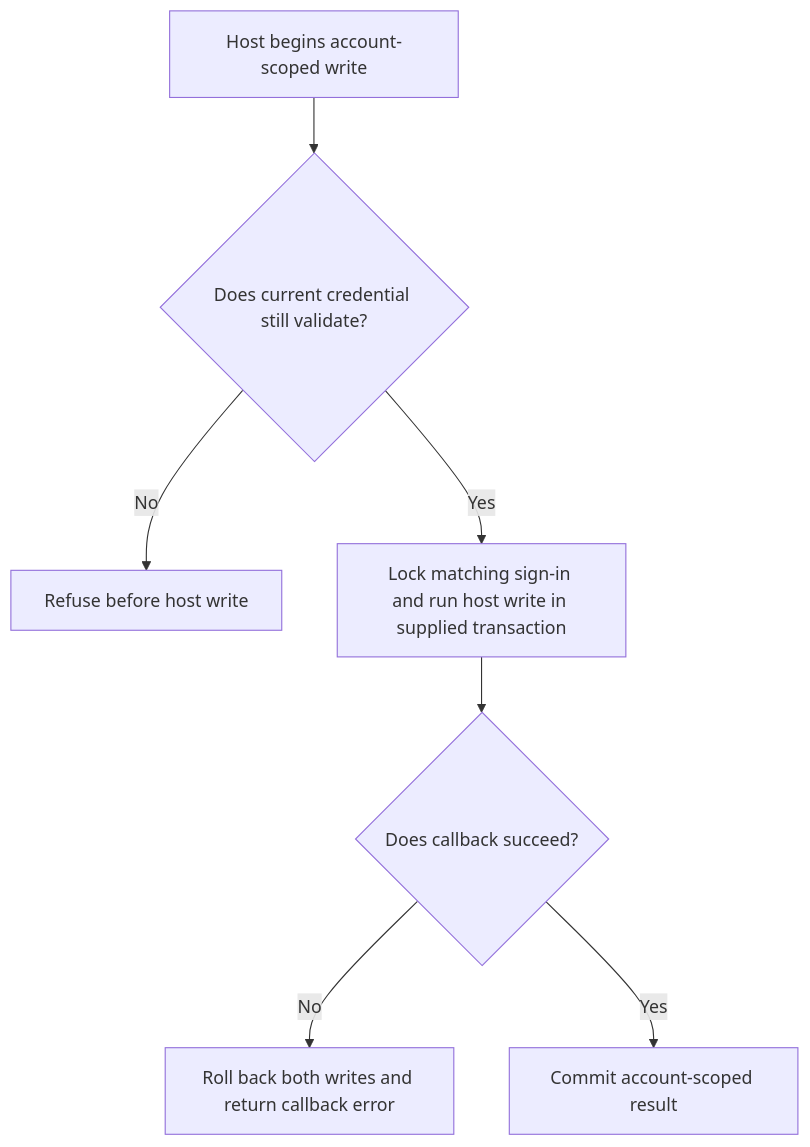
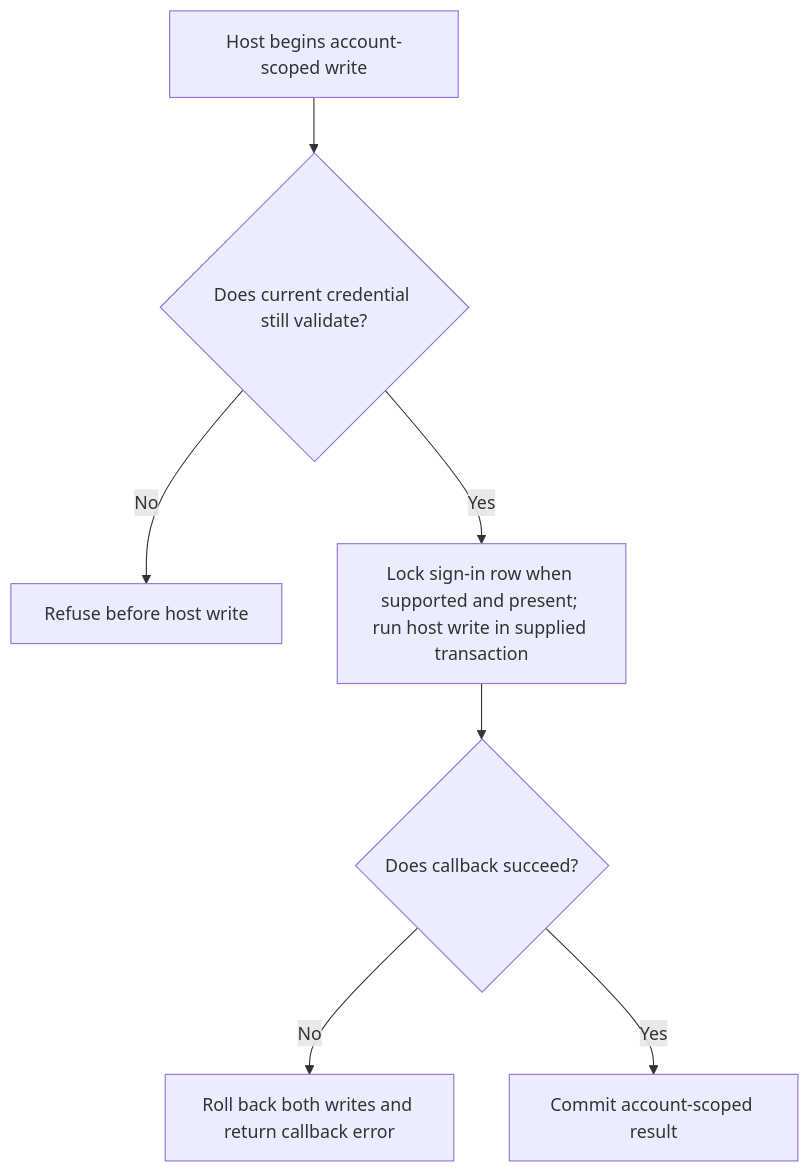
The first of 2 diagrams in user-stories/US-ACCOUNT-41-guard-host-write-with-current.md (Kevinjohn/oss-adonisjs-account-kit), drawn with Mermaid before and after one commit. The commit also changed other lines of this file and 7 other files, not shown here.

````diff
--- a/user-stories/US-ACCOUNT-41-guard-host-write-with-current.md
+++ b/user-stories/US-ACCOUNT-41-guard-host-write-with-current.md
@@ -19,9 +19,9 @@
 ```mermaid
 flowchart TD
  A["Host begins account-scoped write"] --> B{"Does current credential still validate?"}
  B -->|No| C["Refuse before host write"]
- B -->|Yes| D["Lock matching sign-in and run host write in supplied transaction"]
+ B -->|Yes| D["Lock sign-in row when supported and present; run host write in supplied transaction"]
  D --> E{"Does callback succeed?"}
  E -->|No| F["Roll back both writes and return callback error"]
  E -->|Yes| G["Commit account-scoped result"]
 ```
````
